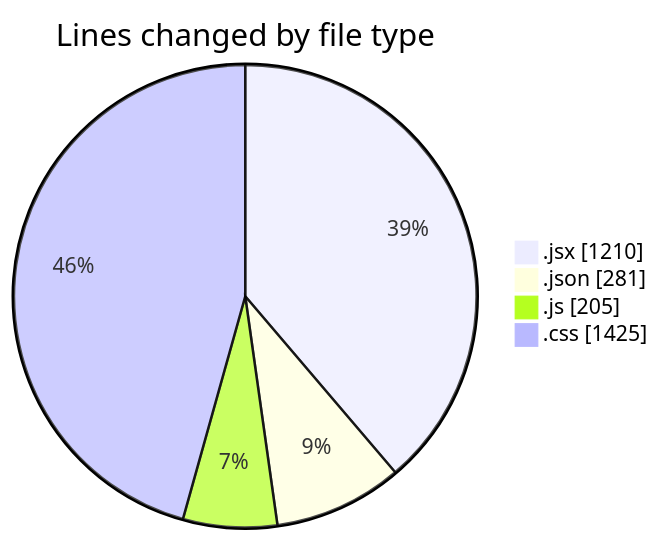
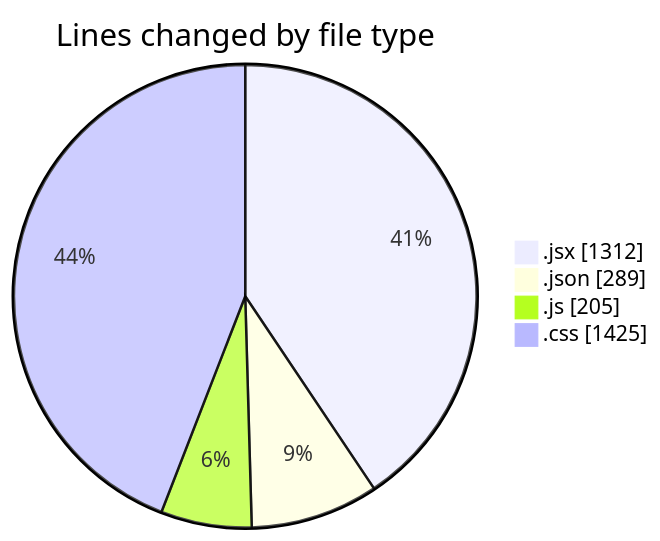
The first of 2 diagrams in 2025-05-04/project/README.md (BS-eng2023/code-tracking), drawn with Mermaid before and after one commit. The commit also changed other lines of this file and 1 other file, not shown here.

````diff
--- a/2025-05-04/project/README.md
+++ b/2025-05-04/project/README.md
@@ -39,8 +39,8 @@
 ```mermaid
 pie showData
 title Lines changed by file type
-".jsx" : 1210
-".json" : 281
+".jsx" : 1312
+".json" : 289
 ".js" : 205
 ".css" : 1425
 ```
````
